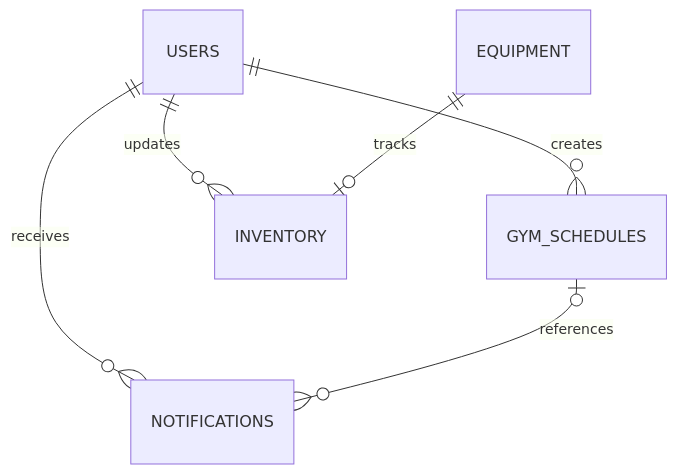
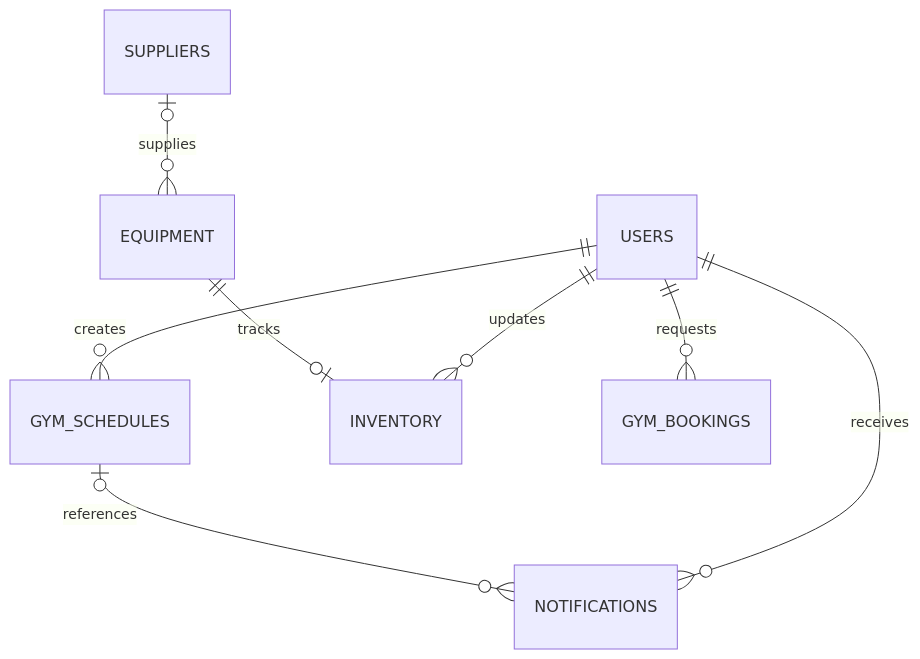
Before and after one commit to AngelMaeMejala/gym-management: the second of 2 diagrams in README.md, drawn with Mermaid. The commit also changed other lines of this file and 6 other files, not shown here.

````diff
--- a/README.md
+++ b/README.md
@@ -80,8 +80,10 @@
 ```mermaid
 erDiagram
     USERS ||--o{ GYM_SCHEDULES : creates
     USERS ||--o{ INVENTORY : updates
     USERS ||--o{ NOTIFICATIONS : receives
     EQUIPMENT ||--o| INVENTORY : tracks
+    SUPPLIERS o|--o{ EQUIPMENT : supplies
+    USERS ||--o{ GYM_BOOKINGS : requests
     GYM_SCHEDULES o|--o{ NOTIFICATIONS : references
 ```
````
